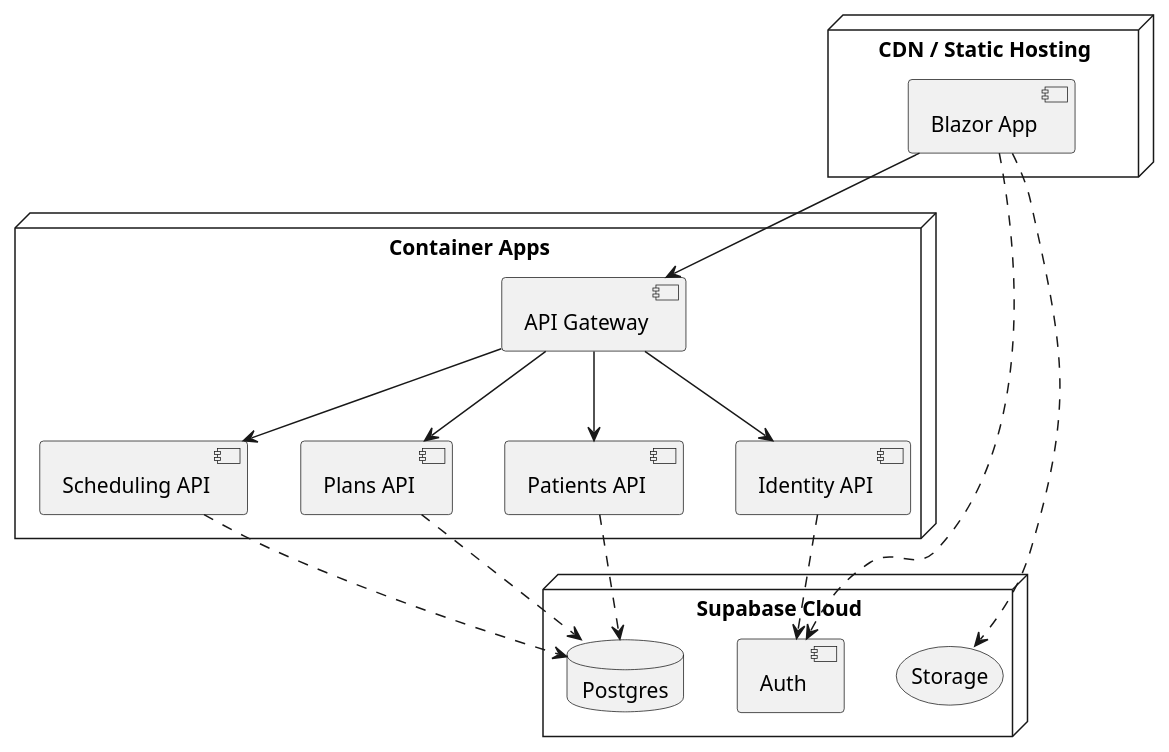
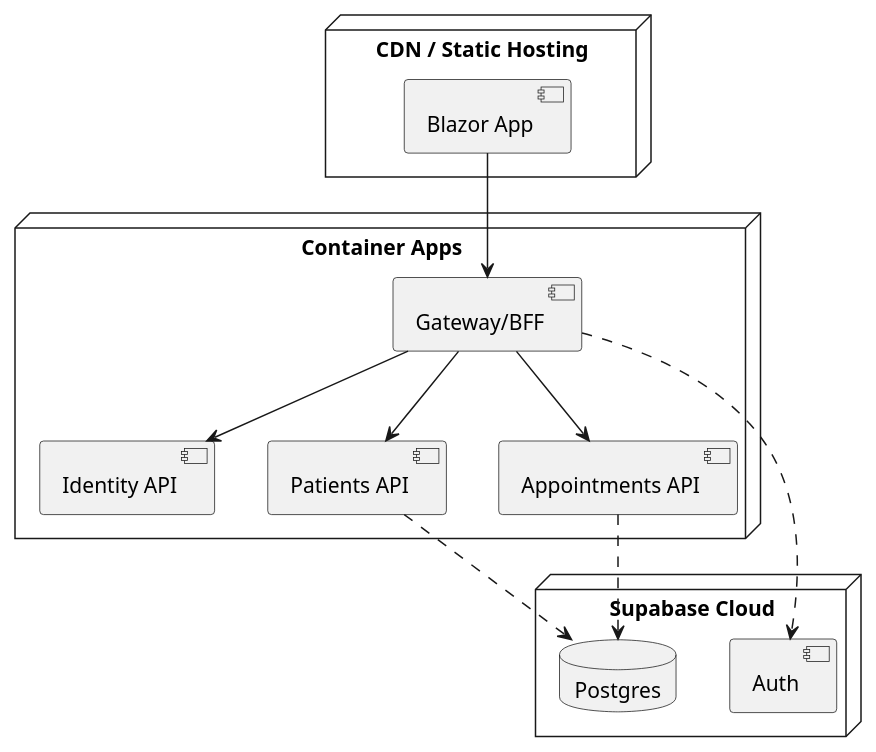
Before and after one commit to coutinhogui/HealthTech: the fourth of 5 diagrams in README.md, drawn with PlantUML. The commit also changed other lines of this file and 80 other files, not shown here.

````diff
--- a/README.md
+++ b/README.md
@@ -202,34 +197,28 @@
 ```plantuml
 @startuml
 node "CDN / Static Hosting" as CDN {
   component "Blazor App" as Blz
 }
 
 node "Container Apps" as CA {
-  component "API Gateway" as Gw
+  component "Gateway/BFF" as Gw
   component "Identity API" as Id
   component "Patients API" as Pa
-  component "Scheduling API" as Sc
-  component "Plans API" as Pl
+  component "Appointments API" as Sc
 }
 
 node "Supabase Cloud" as Supa {
   database "Postgres" as Pg
   component "Auth" as Auth
-  storage "Storage" as St
 }
 
 Blz --> Gw
 Gw --> Id
 Gw --> Pa
 Gw --> Sc
-Gw --> Pl
 
-Id ..> Auth
+Gw ..> Auth
 Pa ..> Pg
 Sc ..> Pg
-Pl ..> Pg
-Blz ..> Auth
-Blz ..> St
 @enduml
 ```
````
